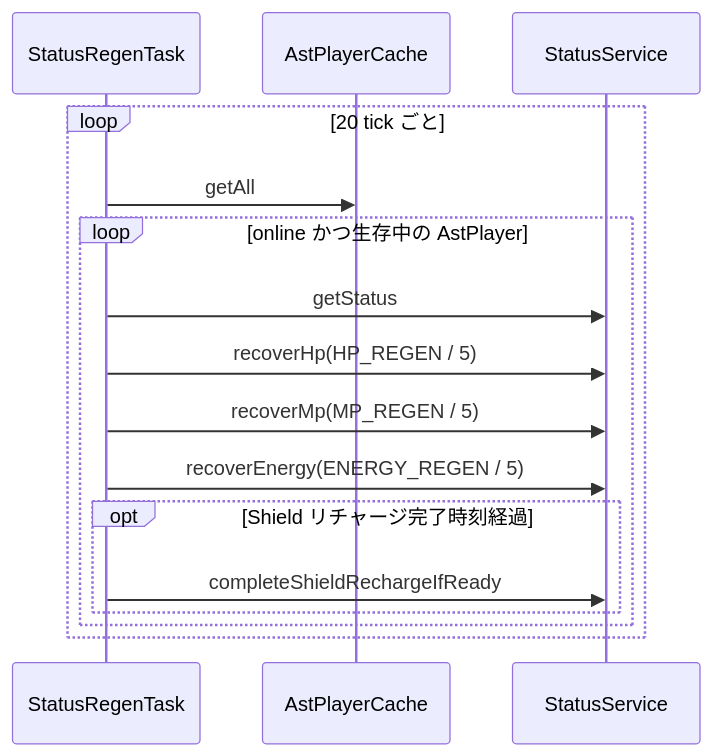
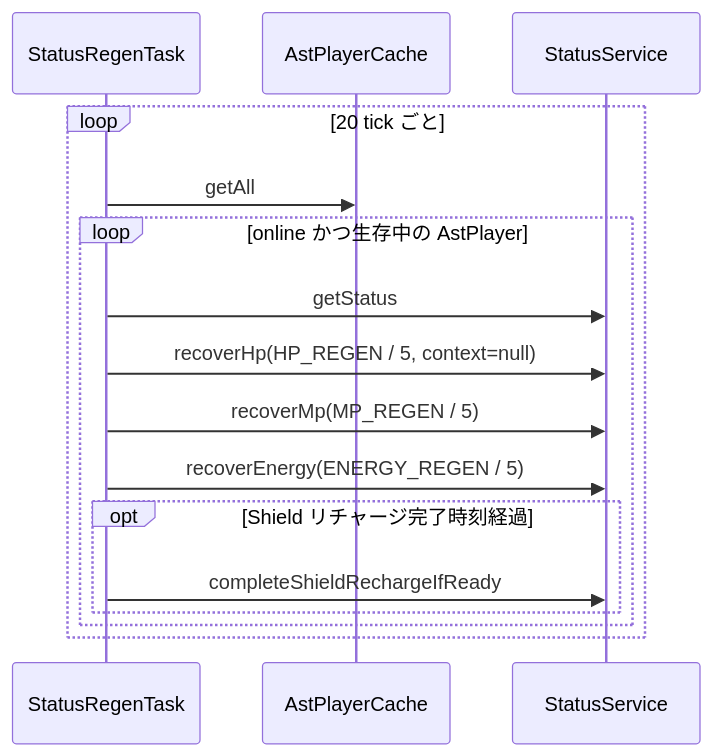
The third of 5 diagrams in 00_docs/10_Plugin設計書/feature/07-status/07_4-統合フロー.md (maaasu/AstralRecord-Workspace), drawn with Mermaid before and after one commit. The commit also changed other lines of this file and 29 other files, not shown here.

````diff
--- a/00_docs/10_Plugin設計書/feature/07-status/07_4-統合フロー.md
+++ b/00_docs/10_Plugin設計書/feature/07-status/07_4-統合フロー.md
@@ -68,19 +68,19 @@
 ```mermaid
 sequenceDiagram
     participant T as StatusRegenTask
     participant C as AstPlayerCache
     participant S as StatusService
 
     loop 20 tick ごと
         T->>C: getAll
         loop online かつ生存中の AstPlayer
             T->>S: getStatus
-            T->>S: recoverHp(HP_REGEN / 5)
+            T->>S: recoverHp(HP_REGEN / 5, context=null)
             T->>S: recoverMp(MP_REGEN / 5)
             T->>S: recoverEnergy(ENERGY_REGEN / 5)
             opt Shield リチャージ完了時刻経過
                 T->>S: completeShieldRechargeIfReady
             end
         end
     end
 ```
````
